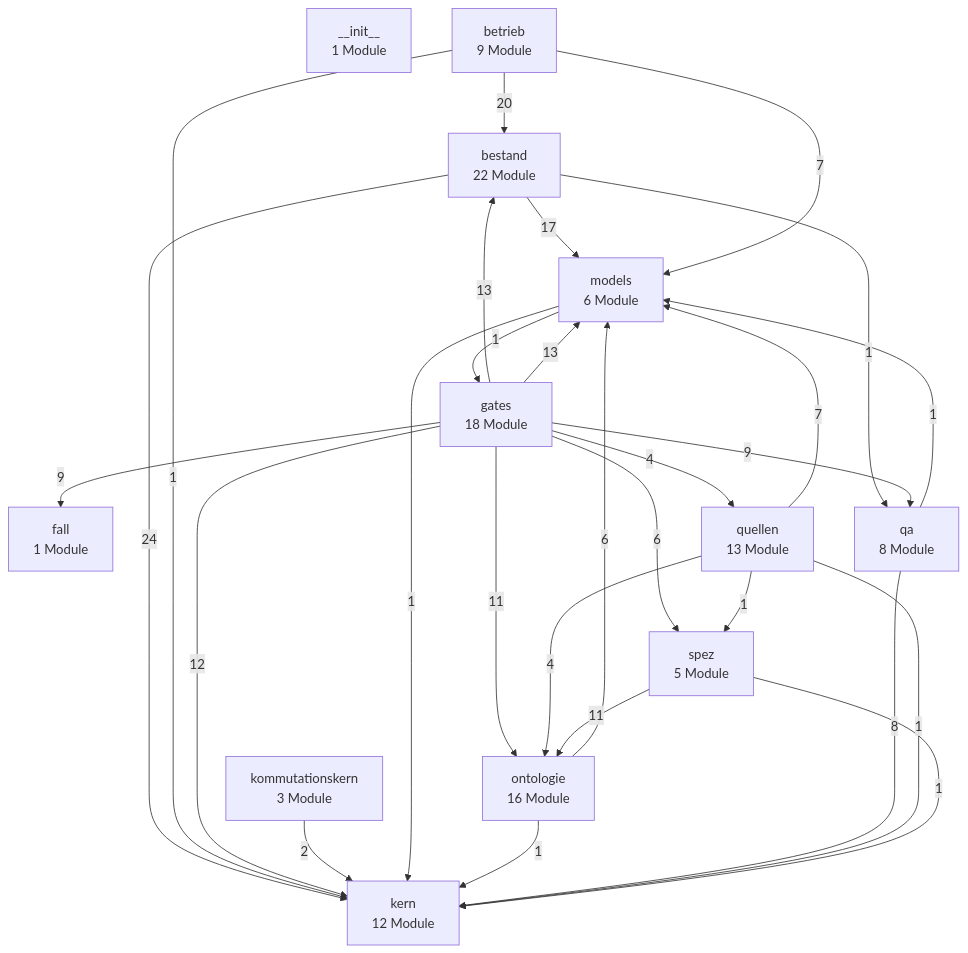
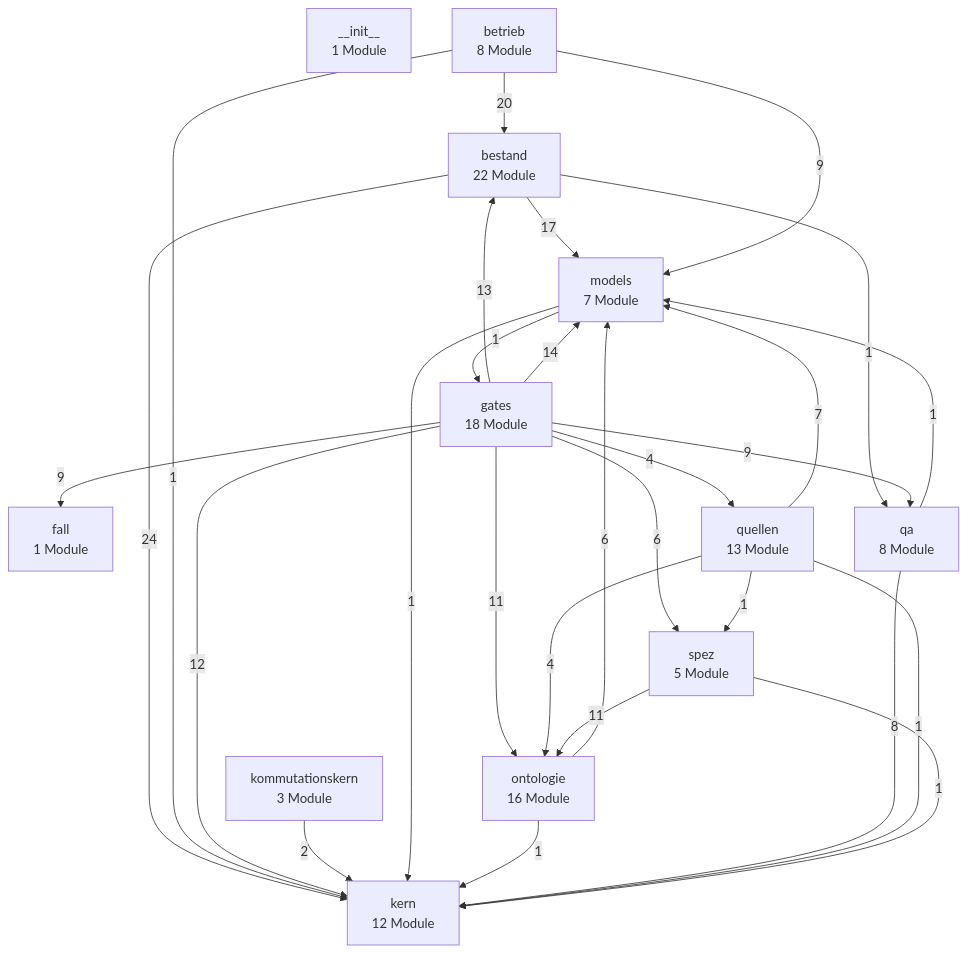
One commit to bartlmac/rechner-pipeline changed the first of 3 diagrams in docs/architektur/landkarte.md. Above: the diagram before and after it, drawn with Mermaid. The commit also changed other lines of this file and 9 other files, not shown here.

````diff
--- a/docs/architektur/landkarte.md
+++ b/docs/architektur/landkarte.md
@@ -27,43 +27,43 @@
 ```mermaid
 %% Schichten — erzeugt von ontologie.landkarte
 flowchart TD
     n__init__["__init__<br/>1 Module"]
     bestand["bestand<br/>22 Module"]
-    betrieb["betrieb<br/>9 Module"]
+    betrieb["betrieb<br/>8 Module"]
     fall["fall<br/>1 Module"]
     gates["gates<br/>18 Module"]
     kern["kern<br/>12 Module"]
     kommutationskern["kommutationskern<br/>3 Module"]
-    models["models<br/>6 Module"]
+    models["models<br/>7 Module"]
     ontologie["ontologie<br/>16 Module"]
     qa["qa<br/>8 Module"]
     quellen["quellen<br/>13 Module"]
     spez["spez<br/>5 Module"]
     bestand -- 24 --> kern
     bestand -- 17 --> models
     bestand -- 1 --> qa
     betrieb -- 20 --> bestand
     betrieb -- 1 --> kern
-    betrieb -- 7 --> models
+    betrieb -- 9 --> models
     gates -- 13 --> bestand
     gates -- 9 --> fall
     gates -- 12 --> kern
-    gates -- 13 --> models
+    gates -- 14 --> models
     gates -- 11 --> ontologie
     gates -- 9 --> qa
     gates -- 4 --> quellen
     gates -- 6 --> spez
     kommutationskern -- 2 --> kern
     models -- 1 --> gates
     models -- 1 --> kern
     ontologie -- 1 --> kern
     ontologie -- 6 --> models
     qa -- 8 --> kern
     qa -- 1 --> models
     quellen -- 1 --> kern
     quellen -- 7 --> models
     quellen -- 4 --> ontologie
     quellen -- 1 --> spez
     spez -- 1 --> kern
     spez -- 11 --> ontologie
 ```
````
